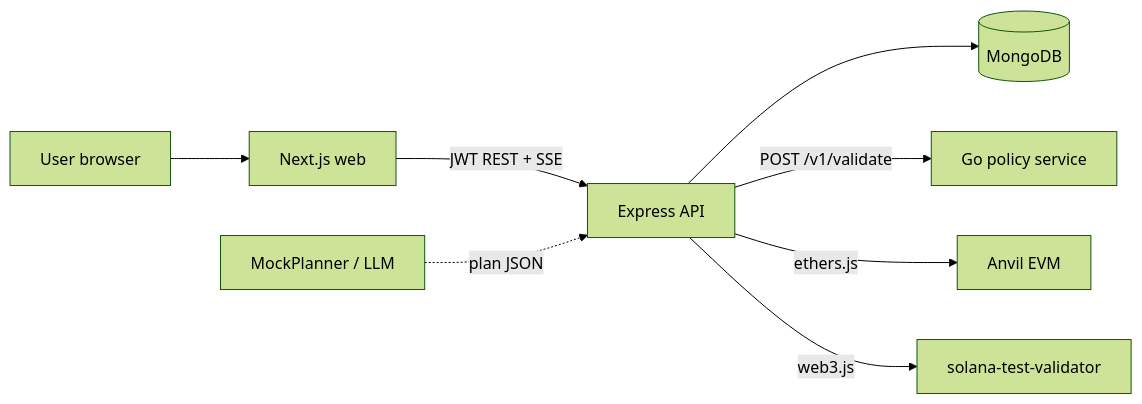
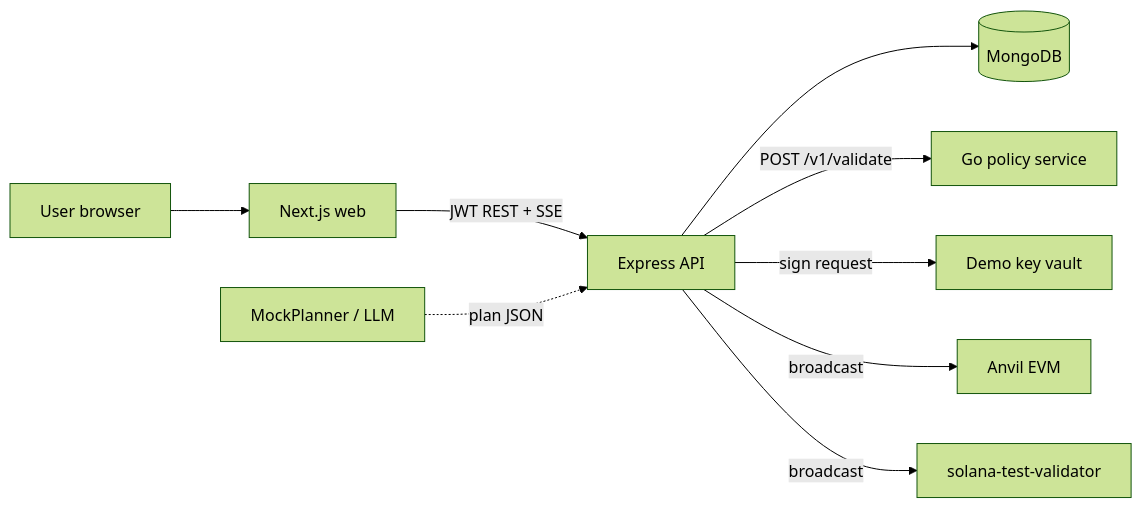
The diagram in docs/architecture.md (o-mid/guardrail-agent), drawn with Mermaid (forest theme) before and after one commit. The commit also changed other lines of this file and 7 other files, not shown here.

````diff
--- a/docs/architecture.md
+++ b/docs/architecture.md
@@ -7,19 +7,21 @@
 ```mermaid
 flowchart LR
   User[User browser]
   Web[Next.js web]
   API[Express API]
   Policy[Go policy service]
+  Vault[Demo key vault]
   Mongo[(MongoDB)]
   Anvil[Anvil EVM]
   Solana[solana-test-validator]
   Planner[MockPlanner / LLM]
 
   User --> Web
   Web -->|JWT REST + SSE| API
   API --> Mongo
   API -->|POST /v1/validate| Policy
   Planner -.->|plan JSON| API
-  API -->|ethers.js| Anvil
-  API -->|web3.js| Solana
+  API -->|sign request| Vault
+  API -->|broadcast| Anvil
+  API -->|broadcast| Solana
 ```
````
